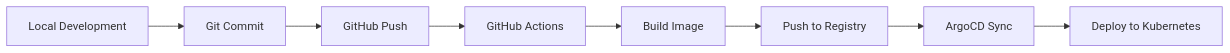
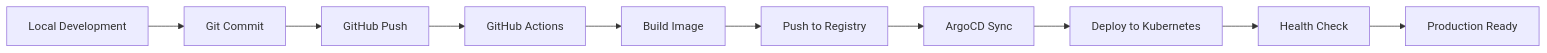
Before and after one commit to bonaventuresimeon/NativeSeries: the third of 3 diagrams in README.md, drawn with Mermaid. The commit also changed other lines of this file, not shown here.

````diff
--- a/README.md
+++ b/README.md
@@ -505,10 +727,12 @@
 ```mermaid
 graph LR
     A[Local Development] --> B[Git Commit]
     B --> C[GitHub Push]
     C --> D[GitHub Actions]
     D --> E[Build Image]
     E --> F[Push to Registry]
     F --> G[ArgoCD Sync]
     G --> H[Deploy to Kubernetes]
+    H --> I[Health Check]
+    I --> J[Production Ready]
 ```
````
